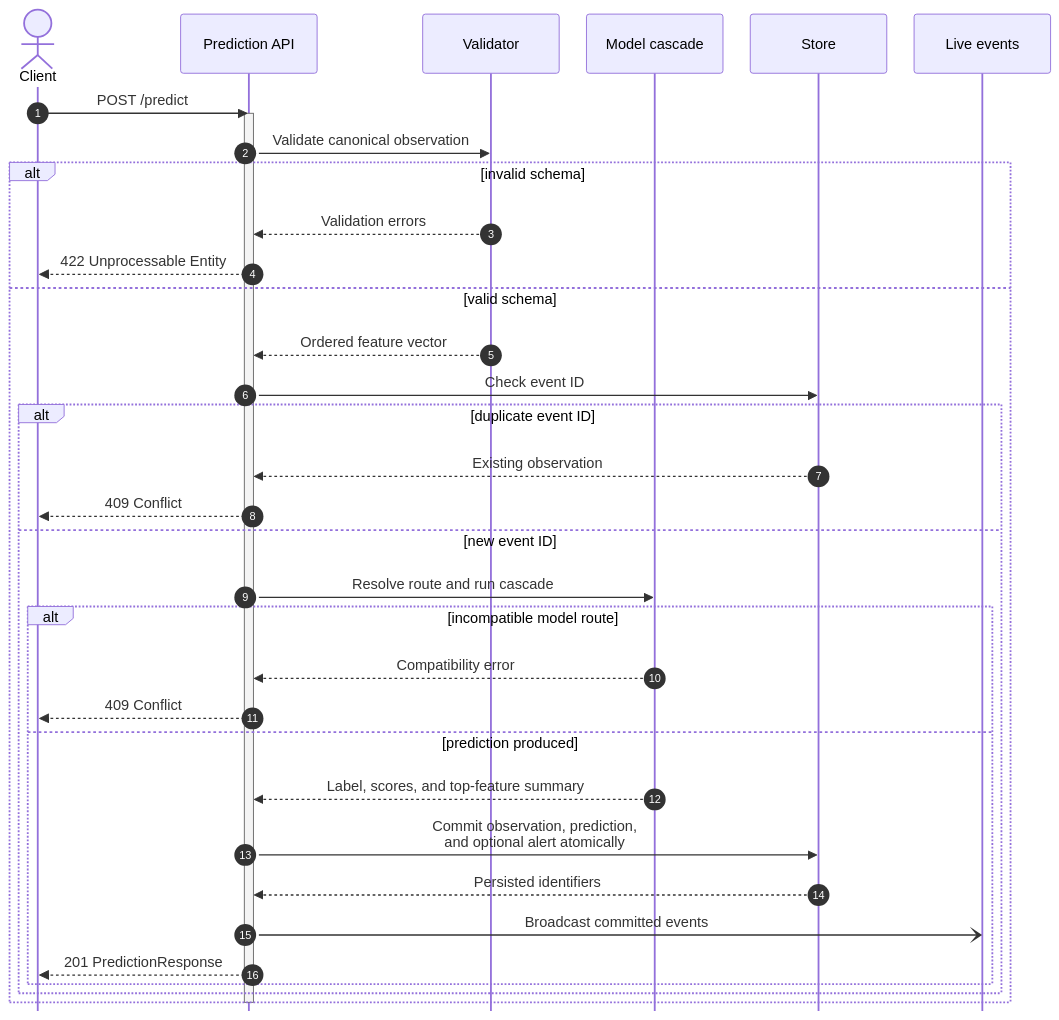
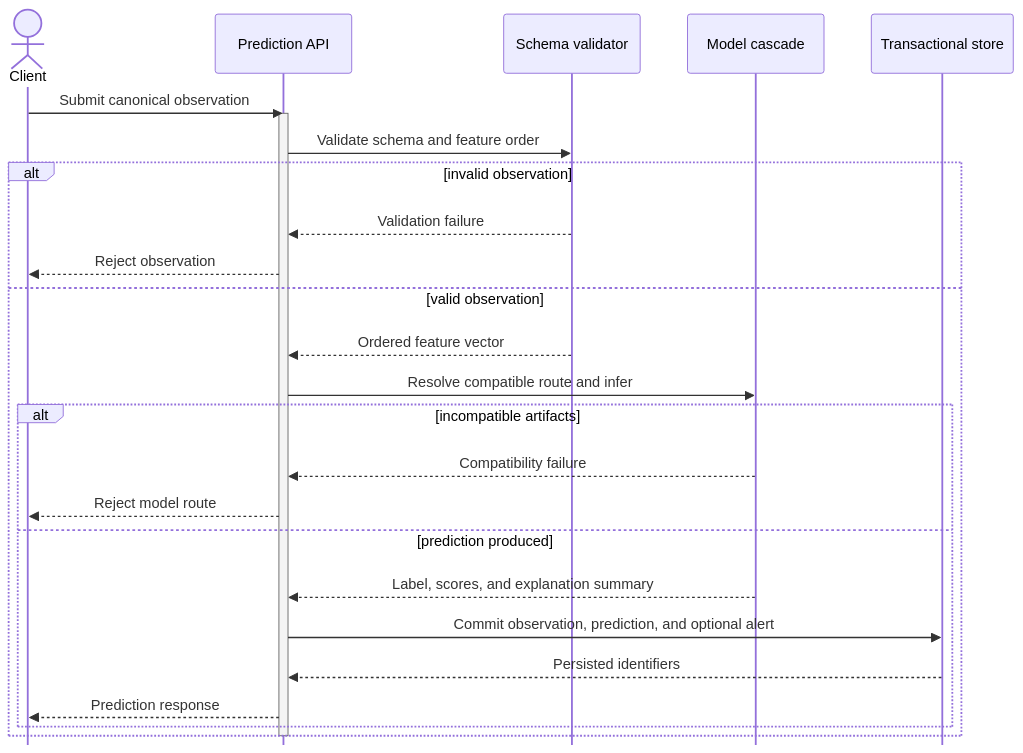
Before and after one commit to ZakariaElKhaldi/4iir-sr: the diagram in diagrams/07-synchronous-prediction-sequence.mmd, drawn with Mermaid. The commit also changed 50 other files, not shown here.

```diff
--- a/diagrams/07-synchronous-prediction-sequence.mmd
+++ b/diagrams/07-synchronous-prediction-sequence.mmd
@@ -1,43 +1,34 @@
 ---
 config:
   sequence:
     mirrorActors: false
-    actorMargin: 30
-    messageMargin: 24
+    actorMargin: 52
+    messageMargin: 32
 ---
 sequenceDiagram
-    autonumber
     actor Client
     participant API as Prediction API
-    participant Schema as Validator
-    participant Models as Model cascade
-    participant DB as Store
-    participant Live as Live events
+    participant Validator as Schema validator
+    participant Cascade as Model cascade
+    participant Store as Transactional store
 
-    Client->>API: POST /predict
+    Client->>API: Submit canonical observation
     activate API
-    API->>Schema: Validate canonical observation
-    alt invalid schema
-        Schema-->>API: Validation errors
-        API-->>Client: 422 Unprocessable Entity
-    else valid schema
-        Schema-->>API: Ordered feature vector
-        API->>DB: Check event ID
-        alt duplicate event ID
-            DB-->>API: Existing observation
-            API-->>Client: 409 Conflict
-        else new event ID
-            API->>Models: Resolve route and run cascade
-            alt incompatible model route
-                Models-->>API: Compatibility error
-                API-->>Client: 409 Conflict
-            else prediction produced
-                Models-->>API: Label, scores, and top-feature summary
-                API->>DB: Commit observation, prediction,<br/>and optional alert atomically
-                DB-->>API: Persisted identifiers
-                API-)Live: Broadcast committed events
-                API-->>Client: 201 PredictionResponse
-            end
+    API->>Validator: Validate schema and feature order
+    alt invalid observation
+        Validator-->>API: Validation failure
+        API-->>Client: Reject observation
+    else valid observation
+        Validator-->>API: Ordered feature vector
+        API->>Cascade: Resolve compatible route and infer
+        alt incompatible artifacts
+            Cascade-->>API: Compatibility failure
+            API-->>Client: Reject model route
+        else prediction produced
+            Cascade-->>API: Label, scores, and explanation summary
+            API->>Store: Commit observation, prediction, and optional alert
+            Store-->>API: Persisted identifiers
+            API-->>Client: Prediction response
         end
     end
     deactivate API
```
